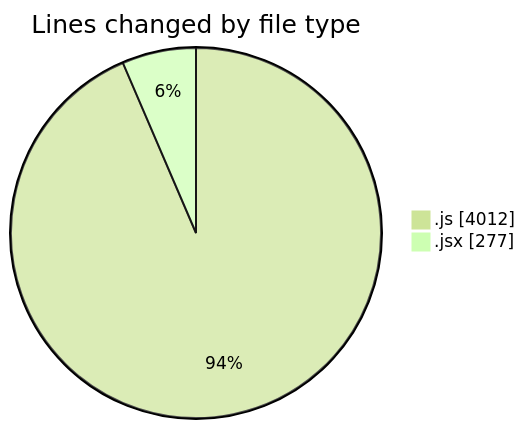
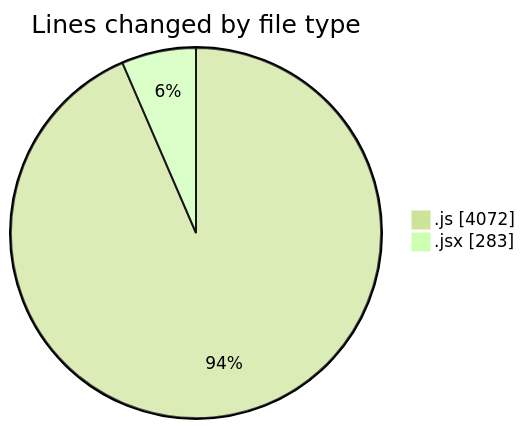
The first of 2 diagrams in 2025-12-12/nxtqube_webapp/README.md (nxtqubesakshisongat/code-tracking), drawn with Mermaid (forest theme) before and after one commit. The commit also changed other lines of this file and 1 other file, not shown here.

````diff
--- a/2025-12-12/nxtqube_webapp/README.md
+++ b/2025-12-12/nxtqube_webapp/README.md
@@ -24,6 +24,6 @@
 ```mermaid
 pie showData
 title Lines changed by file type
-".js" : 4012
-".jsx" : 277
+".js" : 4072
+".jsx" : 283
 ```
````
